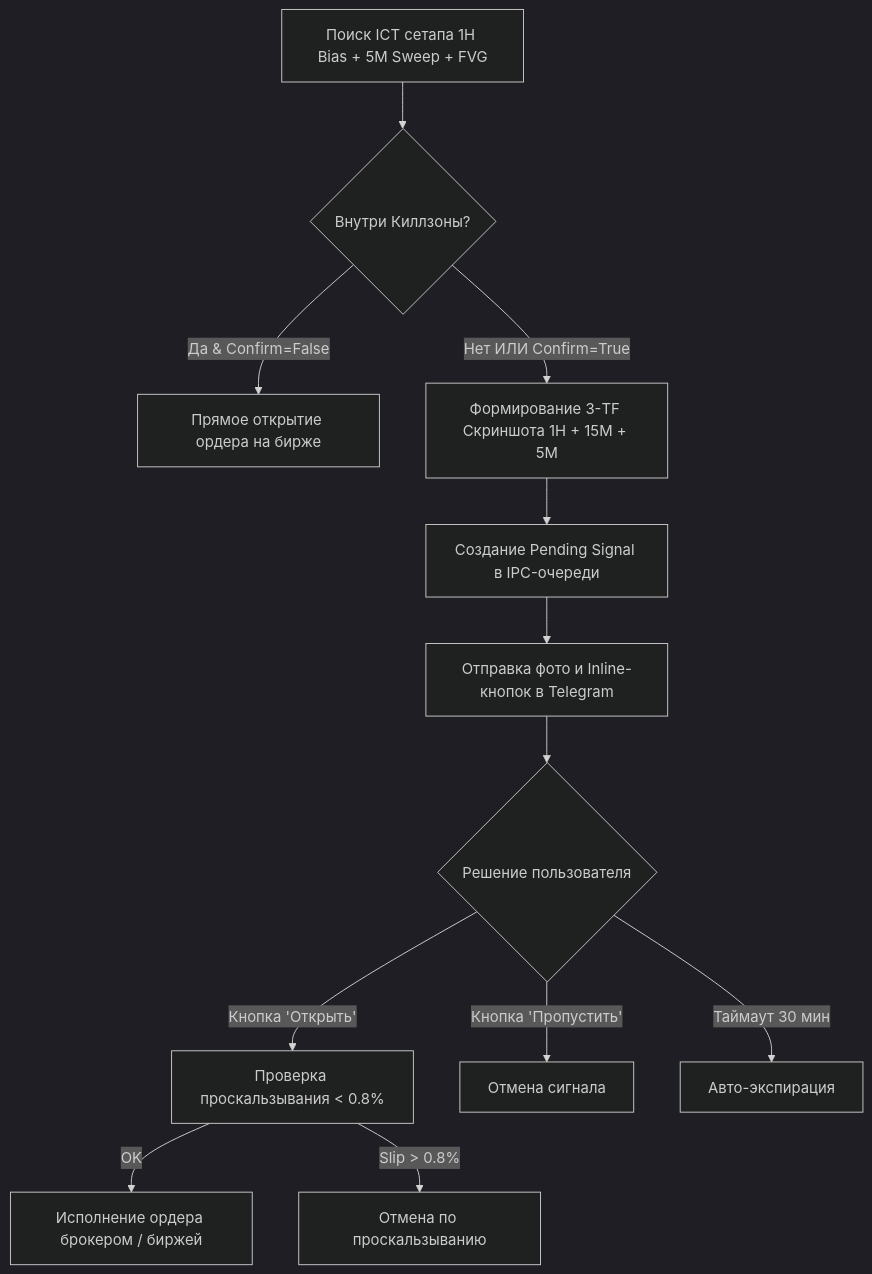
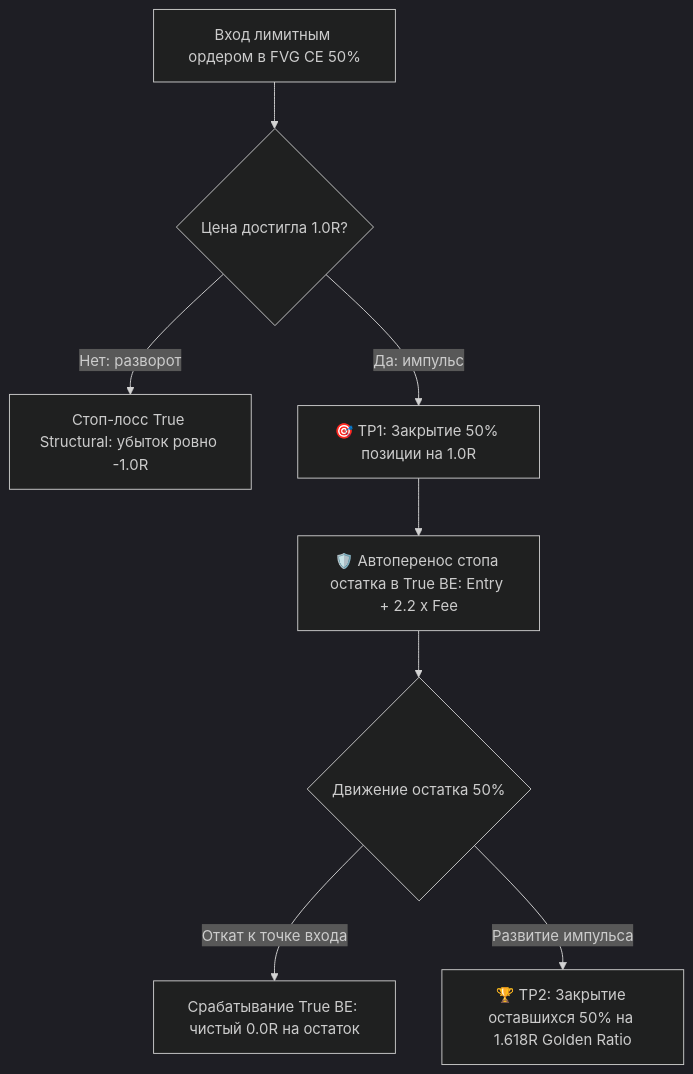
The diagram in STRATEGY_PARAMETERS.md (mmcmNew/ict_toolkit), drawn with Mermaid (dark theme) before and after one commit. The commit also changed other lines of this file and 37 other files, not shown here.

````diff
--- a/STRATEGY_PARAMETERS.md
+++ b/STRATEGY_PARAMETERS.md
@@ -180,14 +76,10 @@
 ```mermaid
 flowchart TD
-    A[Поиск ICT сетапа 1H Bias + 5M Sweep + FVG] --> B{Внутри Киллзоны?}
-    B -->|Да & Confirm=False| C[Прямое открытие ордера на бирже]
-    B -->|Нет ИЛИ Confirm=True| D[Формирование 3-TF Скриншота 1H + 15M + 5M]
-    D --> E[Создание Pending Signal в IPC-очереди]
-    E --> F[Отправка фото и Inline-кнопок в Telegram]
-    F --> G{Решение пользователя}
-    G -->|Кнопка 'Открыть'| H[Проверка проскальзывания < 0.8%]
-    H -->|OK| I[Исполнение ордера брокером / биржей]
-    H -->|Slip > 0.8%| J[Отмена по проскальзыванию]
-    G -->|Кнопка 'Пропустить'| K[Отмена сигнала]
-    G -->|Таймаут 30 мин| L[Авто-экспирация]
+    A[Вход лимитным ордером в FVG CE 50%] --> B{Цена достигла 1.0R?}
+    B -->|Нет: разворот| C[Стоп-лосс True Structural: убыток ровно -1.0R]
+    B -->|Да: импульс| D[🎯 TP1: Закрытие 50% позиции на 1.0R]
+    D --> E[🛡️ Автоперенос стопа остатка в True BE: Entry + 2.2 x Fee]
+    E --> F{Движение остатка 50%}
+    F -->|Откат к точке входа| G[Срабатывание True BE: чистый 0.0R на остаток]
+    F -->|Развитие импульса| H[🏆 TP2: Закрытие оставшихся 50% на 1.618R Golden Ratio]
 ```
````
